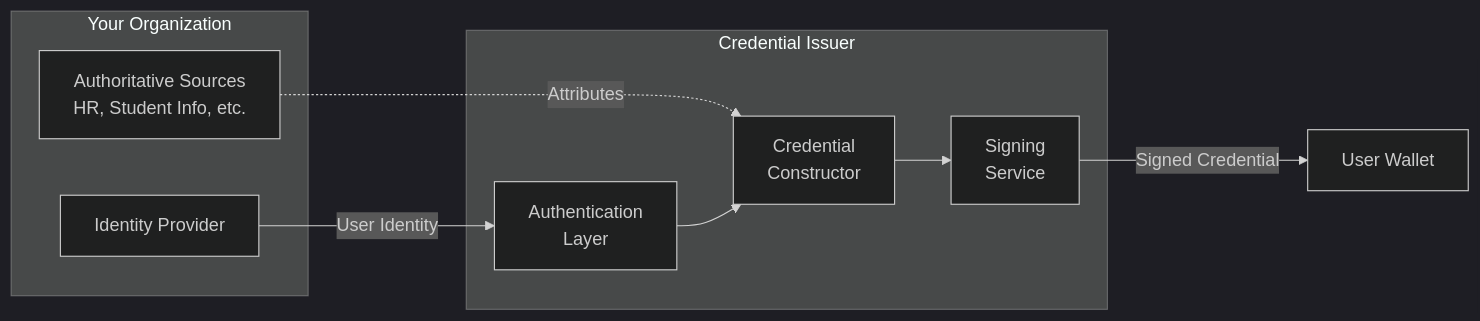
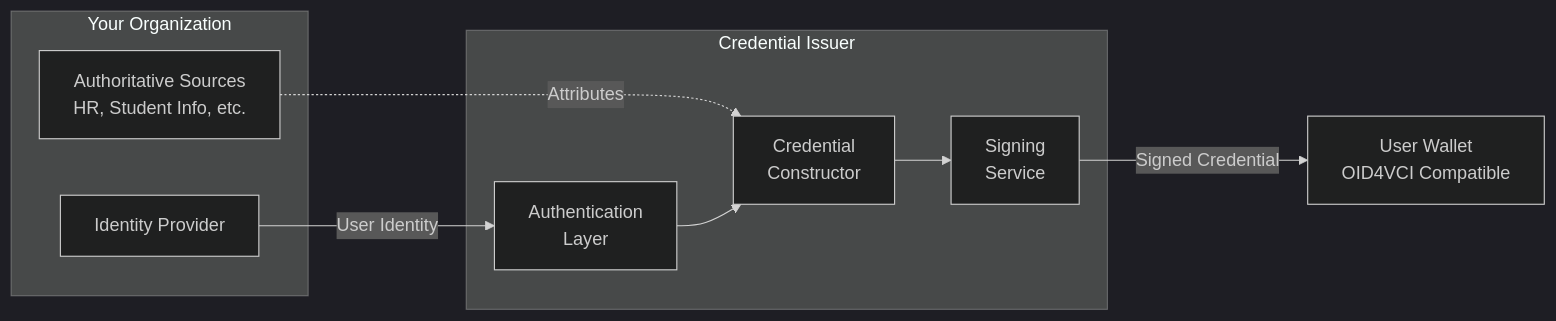
Before and after one commit to sirosfoundation/docs: the first of 11 diagrams in docs/sirosid/issuers/concepts.md, drawn with Mermaid (dark theme). The commit also changed other lines of this file and 32 other files, not shown here.

````diff
--- a/docs/sirosid/issuers/concepts.md
+++ b/docs/sirosid/issuers/concepts.md
@@ -14,21 +28,21 @@
 ```mermaid
 flowchart LR
     subgraph "Your Organization"
         IdP[Identity Provider]
         AS[Authoritative Sources<br/>HR, Student Info, etc.]
     end
 
     subgraph "Credential Issuer"
         Auth[Authentication<br/>Layer]
         Constructor[Credential<br/>Constructor]
         Signer[Signing<br/>Service]
     end
 
-    Wallet[User Wallet]
+    Wallet[User Wallet<br/>OID4VCI Compatible]
 
     IdP -->|User Identity| Auth
     AS -.->|Attributes| Constructor
     Auth --> Constructor
     Constructor --> Signer
     Signer -->|Signed Credential| Wallet
 ```
````
